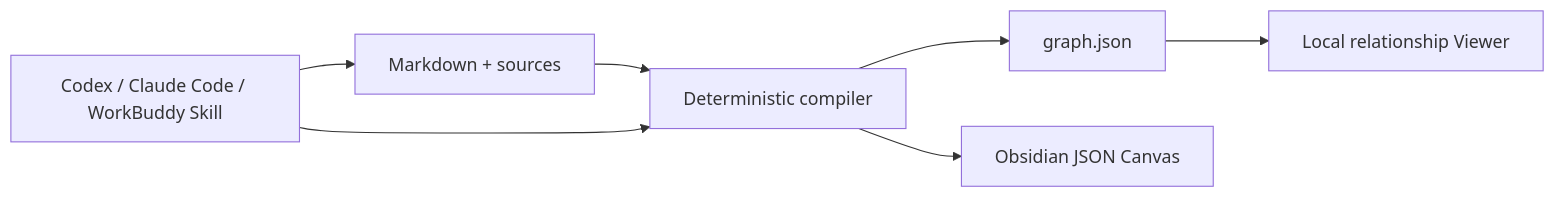
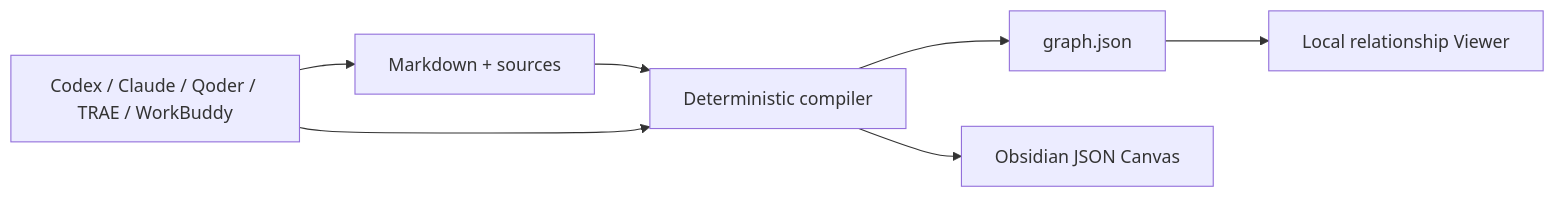
One commit to chicogong/llm-wiki-canvas changed the diagram in README.md. Above: the diagram before and after it, drawn with Mermaid. The commit also changed other lines of this file and 13 other files, not shown here.

````diff
--- a/README.md
+++ b/README.md
@@ -129,9 +143,9 @@
 ```mermaid
 flowchart LR
   M["Markdown + sources"] --> C["Deterministic compiler"]
   C --> G["graph.json"]
   C --> J["Obsidian JSON Canvas"]
   G --> V["Local relationship Viewer"]
-  S["Codex / Claude Code / WorkBuddy Skill"] --> M
+  S["Codex / Claude / Qoder / TRAE / WorkBuddy"] --> M
   S --> C
 ```
````
